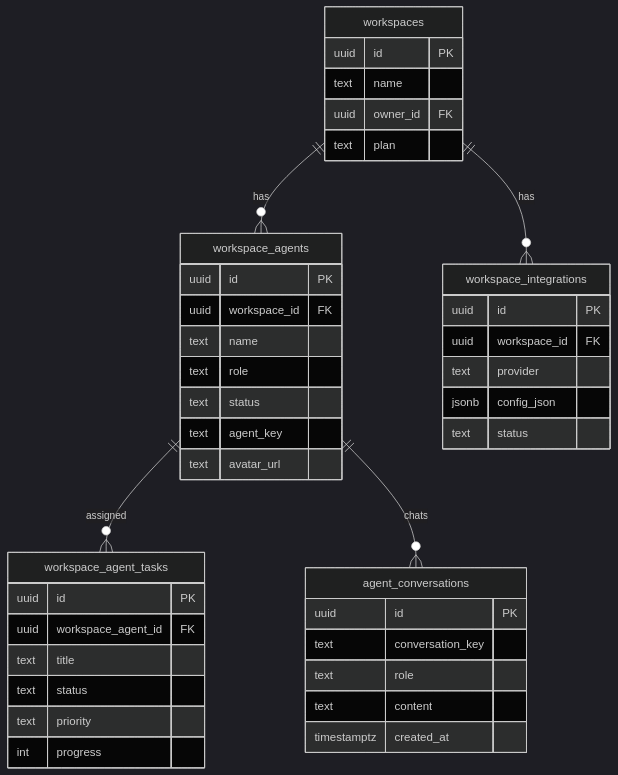
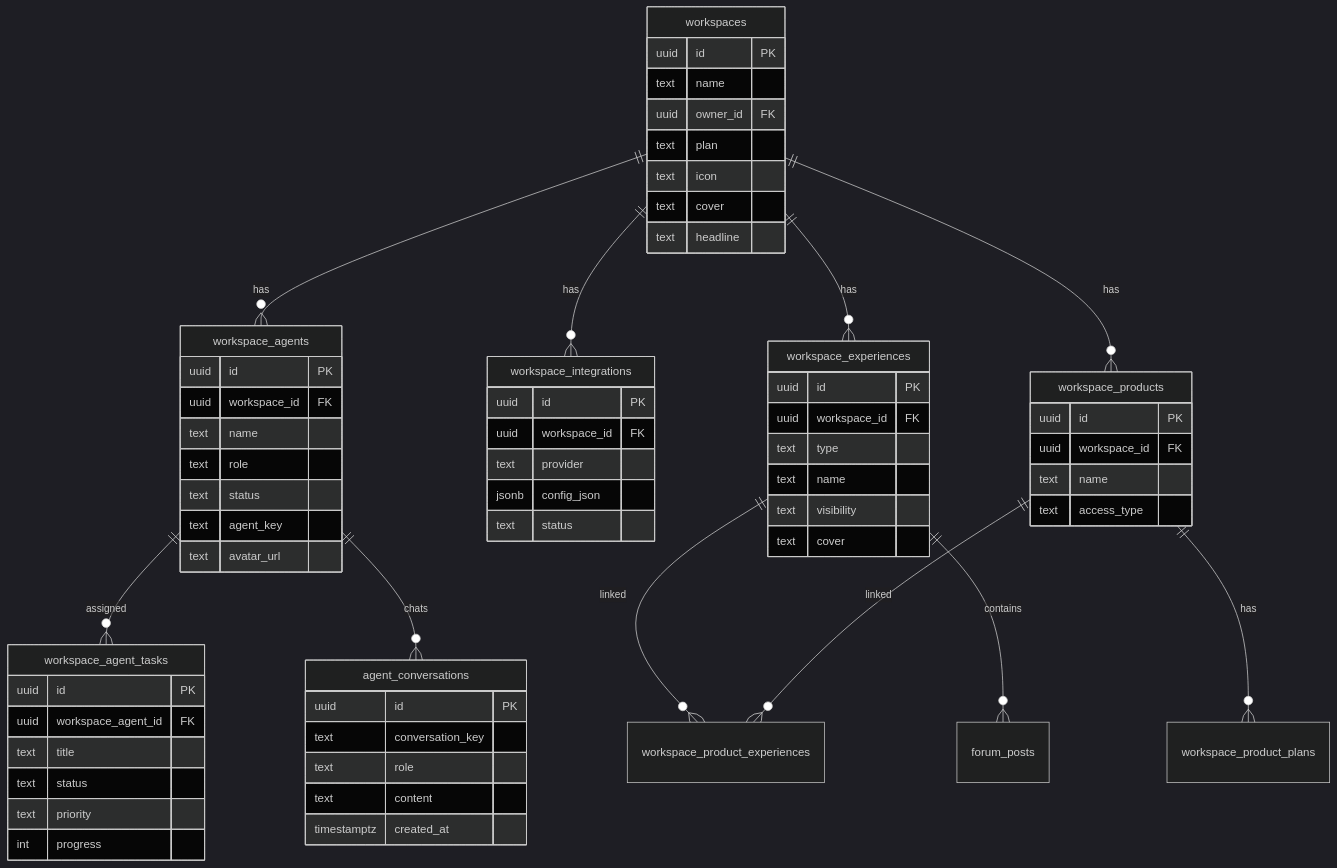
One commit to TheCloverLab/olu_demo changed the eighth of 9 diagrams in ARCHITECTURE.md. Above: the diagram before and after it, drawn with Mermaid (dark theme). The commit also changed other lines of this file and 12 other files, not shown here.

````diff
--- a/ARCHITECTURE.md
+++ b/ARCHITECTURE.md
@@ -260,49 +262,74 @@
 ```mermaid
 erDiagram
   workspaces ||--o{ workspace_agents : has
   workspaces ||--o{ workspace_integrations : has
+  workspaces ||--o{ workspace_experiences : has
+  workspaces ||--o{ workspace_products : has
   workspace_agents ||--o{ workspace_agent_tasks : assigned
   workspace_agents ||--o{ agent_conversations : chats
+  workspace_experiences ||--o{ workspace_product_experiences : linked
+  workspace_products ||--o{ workspace_product_plans : has
+  workspace_products ||--o{ workspace_product_experiences : linked
+  workspace_experiences ||--o{ forum_posts : contains
 
   workspaces {
     uuid id PK
     text name
     uuid owner_id FK
     text plan
+    text icon
+    text cover
+    text headline
   }
 
   workspace_agents {
     uuid id PK
     uuid workspace_id FK
     text name
     text role
     text status
     text agent_key
     text avatar_url
   }
 
   workspace_agent_tasks {
     uuid id PK
     uuid workspace_agent_id FK
     text title
     text status
     text priority
     int progress
   }
 
   workspace_integrations {
     uuid id PK
     uuid workspace_id FK
     text provider
     jsonb config_json
     text status
   }
 
+  workspace_experiences {
+    uuid id PK
+    uuid workspace_id FK
+    text type
+    text name
+    text visibility
+    text cover
+  }
+
+  workspace_products {
+    uuid id PK
+    uuid workspace_id FK
+    text name
+    text access_type
+  }
+
   agent_conversations {
     uuid id PK
     text conversation_key
     text role
     text content
     timestamptz created_at
   }
 ```
````
